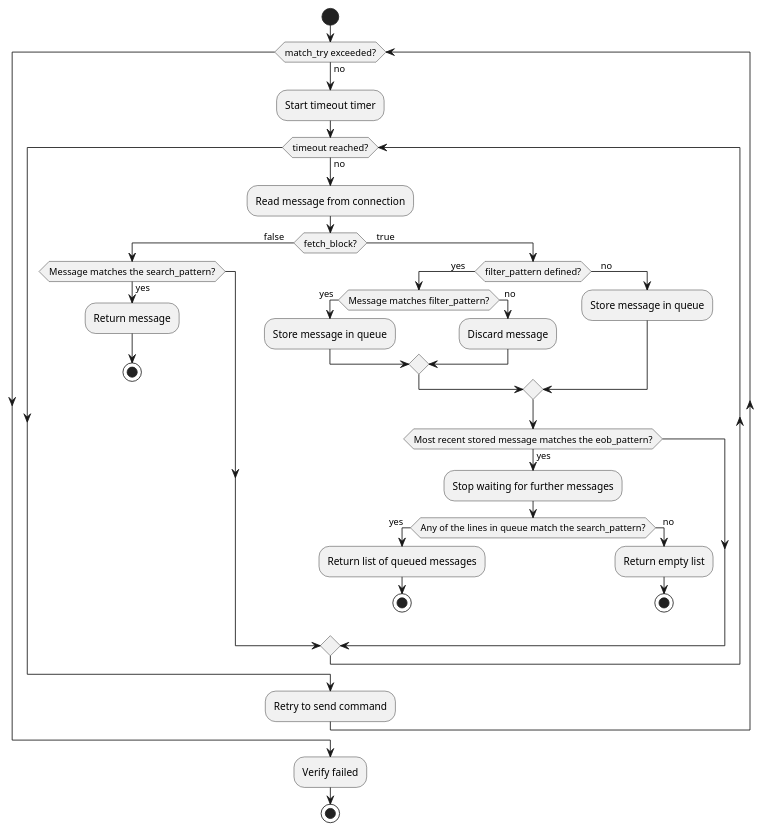
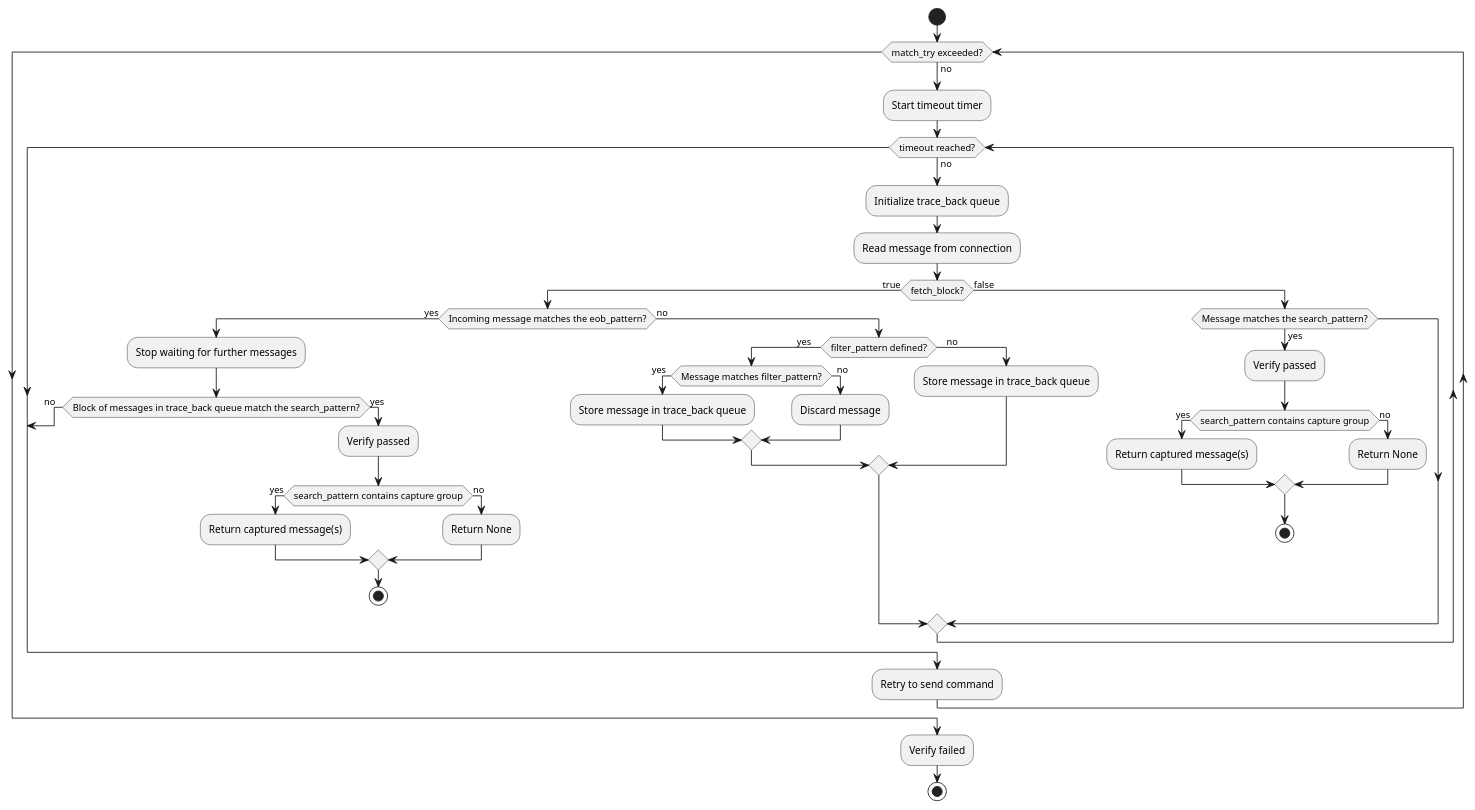
One commit to test-fullautomation/robotframework-qconnect-base changed the diagram in packagedoc/additional_docs/uml/verify_activity.puml. Above: the diagram before and after it, drawn with PlantUML.

Commit message:
update activity diagram due to the logic change

```diff
--- a/packagedoc/additional_docs/uml/verify_activity.puml
+++ b/packagedoc/additional_docs/uml/verify_activity.puml
@@ -1,40 +1,50 @@
 @startuml
-|QConnectBase|
+|title QConnectBase verify keyword|
 start
 while (match_try exceeded?) is (no)
    :Start timeout timer;
    while (timeout reached?) is (no)
+      :Initialize trace_back queue;
       :Read message from connection;
-      if (fetch_block?) then (false    )
-            if (Message matches the search_pattern?) then (yes)
-               :Return message;
+      if (fetch_block?) then (true)
+         if (Incoming message matches the eob_pattern?) then (yes)
+            :Stop waiting for further messages;
+            if (Block of messages in trace_back queue match the search_pattern?) then (no   )
+               break
+            else (yes)
+               :Verify passed;
+               if (search_pattern contains capture group) then (yes)
+                  :Return captured message(s);
+               else (no)
+                  :Return None;
+               endif
                stop
             endif
-      else (    true)
+         else (no)
             if (filter_pattern defined?) then (yes    )
                if (Message matches filter_pattern?) then (yes  )
-                  :Store message in queue;
+                  :Store message in trace_back queue;
                else (  no)
                   :Discard message;
                endif
             else (    no)
-               :Store message in queue;
+               :Store message in trace_back queue;
             endif
-
-            if (Most recent stored message matches the eob_pattern?) then (yes)
-               :Stop waiting for further messages;
-               if (Any of the lines in queue match the search_pattern?) then (yes   )
-                  :Return list of queued messages;
-                  stop
-               else (   no)
-                  :Return empty list;
-                  stop
-               endif
+         endif
+      else (false)
+         if (Message matches the search_pattern?) then (yes)
+            :Verify passed;
+            if (search_pattern contains capture group) then (yes)
+               :Return captured message(s);
+            else (no)
+               :Return None;
             endif
+            stop
+         endif
       endif
    endwhile
    :Retry to send command;
 endwhile
 :Verify failed;
 stop
 @enduml
```
